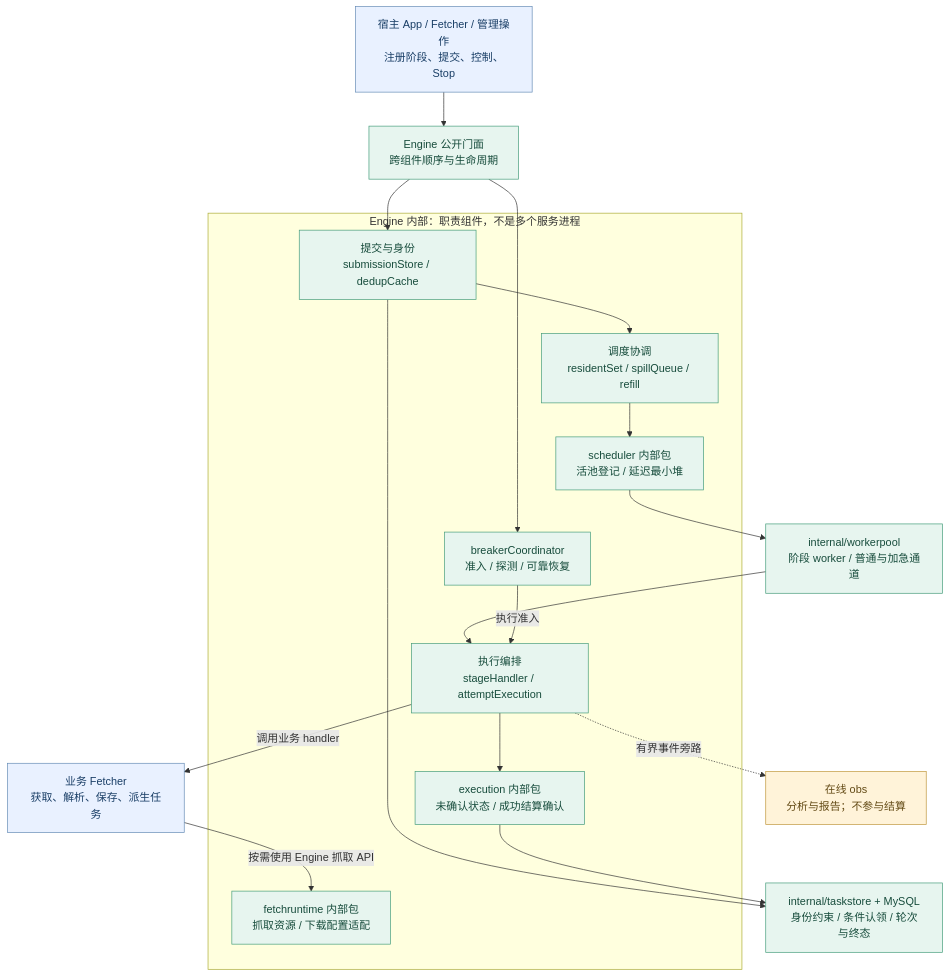
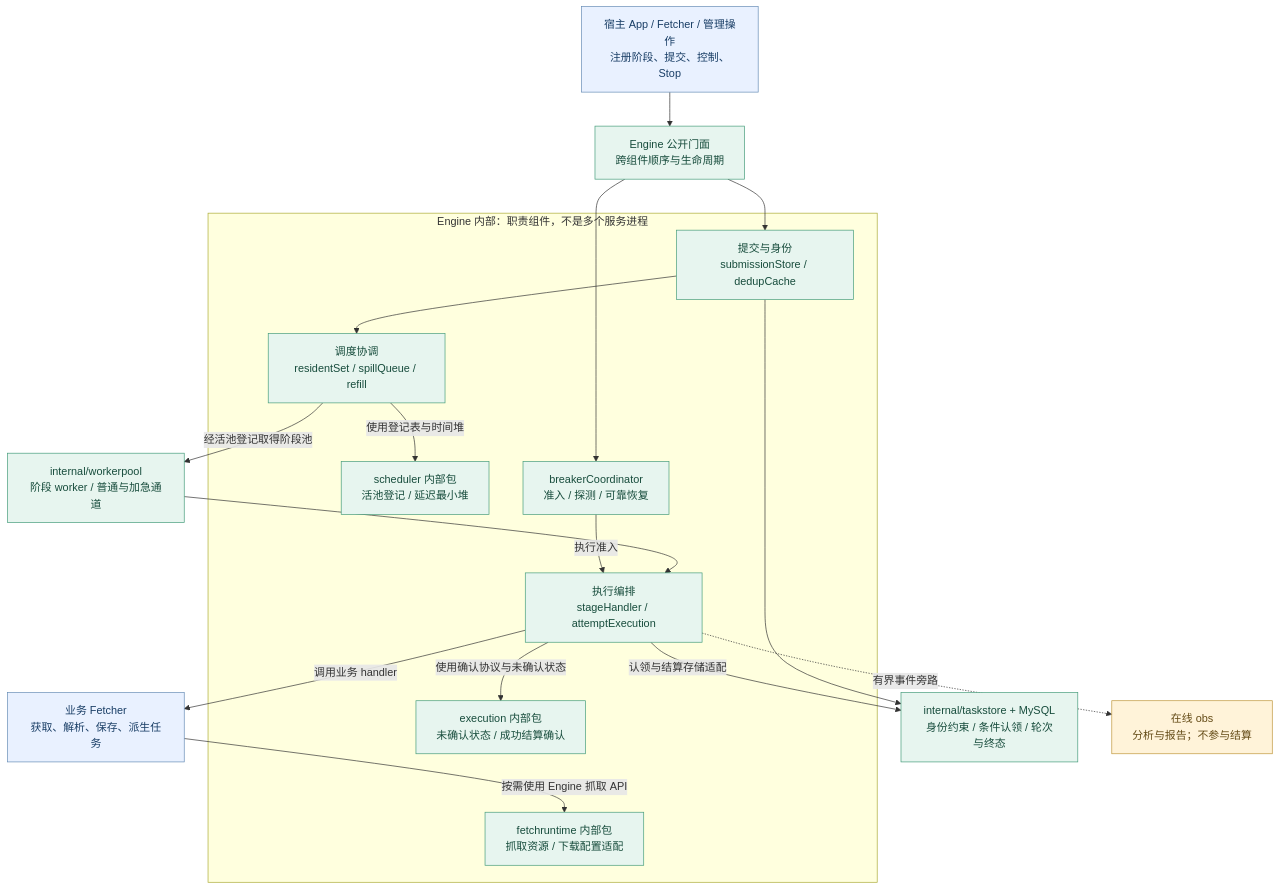
One commit to ydtg1993/papa changed the diagram in docs/assets/diagrams/07-engine-components.mmd. Above: the diagram before and after it, drawn with Mermaid. The commit also changed 11 other files, not shown here.

```diff
--- a/docs/assets/diagrams/07-engine-components.mmd
+++ b/docs/assets/diagrams/07-engine-components.mmd
@@ -1,27 +1,28 @@
 flowchart TB
     H["宿主 App / Fetcher / 管理操作<br/>注册阶段、提交、控制、Stop"] --> E["Engine 公开门面<br/>跨组件顺序与生命周期"]
     subgraph CORE["Engine 内部：职责组件，不是多个服务进程"]
       S["提交与身份<br/>submissionStore / dedupCache"]
       Q["调度协调<br/>residentSet / spillQueue / refill"]
       D["scheduler 内部包<br/>活池登记 / 延迟最小堆"]
       X["执行编排<br/>stageHandler / attemptExecution"]
       P["execution 内部包<br/>未确认状态 / 成功结算确认"]
       B["breakerCoordinator<br/>准入 / 探测 / 可靠恢复"]
       F["fetchruntime 内部包<br/>抓取资源 / 下载配置适配"]
     end
-    E --> S --> Q --> D
-    D --> W["internal/workerpool<br/>阶段 worker / 普通与加急通道"] --> X
+    E --> S --> Q
+    Q -->|使用登记表与时间堆| D
+    Q -->|经活池登记取得阶段池| W["internal/workerpool<br/>阶段 worker / 普通与加急通道"] --> X
     B -->|执行准入| X
     E --> B
-    X --> P
+    X -->|使用确认协议与未确认状态| P
     X -->|调用业务 handler| U["业务 Fetcher<br/>获取、解析、保存、派生任务"]
     U -->|按需使用 Engine 抓取 API| F
     S --> T["internal/taskstore + MySQL<br/>身份约束 / 条件认领 / 轮次与终态"]
-    P --> T
+    X -->|认领与结算存储适配| T
     X -.->|有界事件旁路| O["在线 obs<br/>分析与报告；不参与结算"]
     classDef runtime fill:#e7f5ef,color:#174c3c,stroke:#449c7a;
     classDef business fill:#e9f1ff,color:#193e66,stroke:#658bb5;
     classDef observe fill:#fff3d9,color:#634a15,stroke:#bf963b;
     class E,S,Q,D,X,P,B,F,W,T runtime;
     class H,U business;
     class O observe;
```
